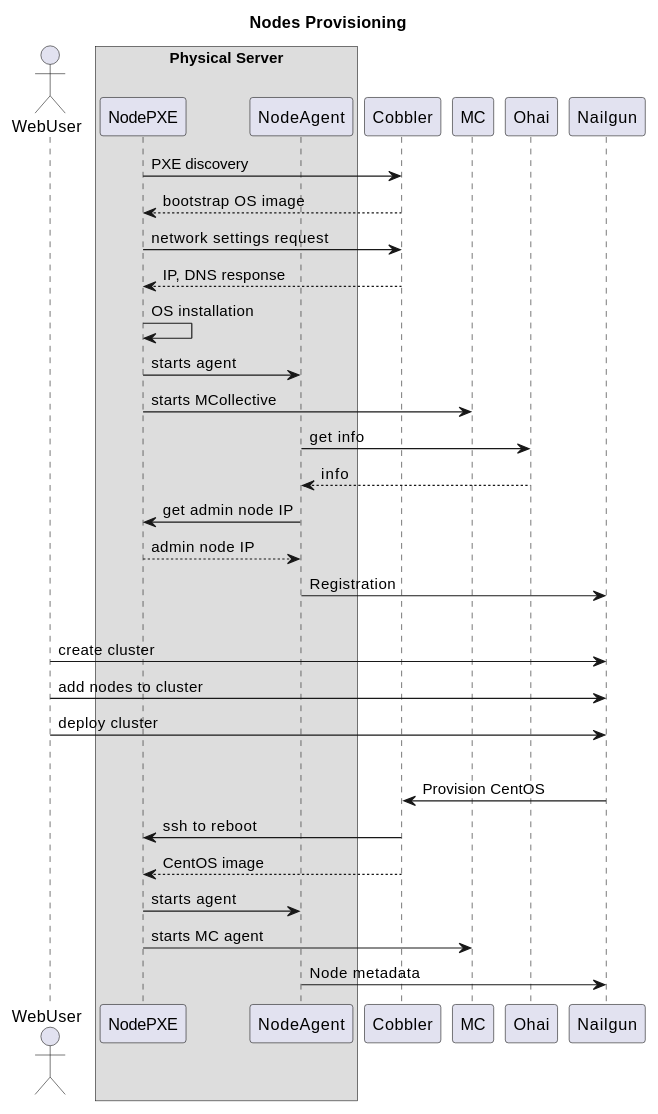
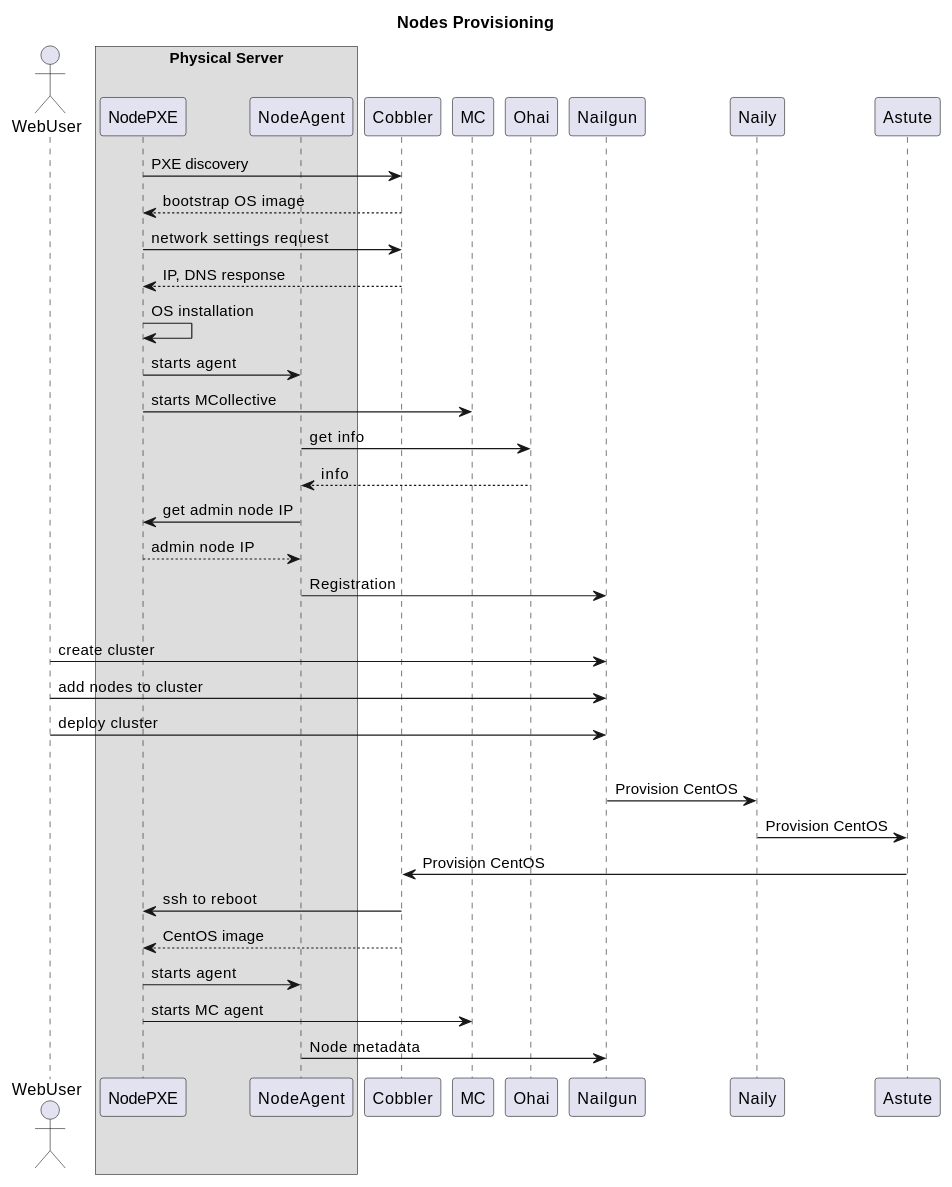
One commit to openstack-archive/fuel-main changed the first of 3 diagrams in docs/develop/sequence.rst. Above: the diagram before and after it, drawn with PlantUML. The commit also changed other lines of this file and 4 other files, not shown here.

```diff
--- a/docs/develop/sequence.rst
+++ b/docs/develop/sequence.rst
@@ -6,32 +6,34 @@
  .. uml::
     title Nodes Provisioning
     actor WebUser
 
     box "Physical Server"
         participant NodePXE
         participant NodeAgent
     end box
 
     NodePXE -> Cobbler: PXE discovery
     Cobbler --> NodePXE: bootstrap OS image
     NodePXE -> Cobbler: network settings request
     Cobbler --> NodePXE: IP, DNS response
     NodePXE -> NodePXE: OS installation
     NodePXE -> NodeAgent: starts agent
     NodePXE -> MC: starts MCollective
     NodeAgent -> Ohai: get info
     Ohai --> NodeAgent: info
     NodeAgent -> NodePXE: get admin node IP
     NodePXE --> NodeAgent: admin node IP
     NodeAgent -> Nailgun: Registration
     |||
     WebUser -> Nailgun: create cluster
     WebUser -> Nailgun: add nodes to cluster
     WebUser -> Nailgun: deploy cluster
     |||
-    Nailgun -> Cobbler: Provision CentOS
+    Nailgun -> Naily: Provision CentOS
+    Naily -> Astute: Provision CentOS
+    Astute -> Cobbler: Provision CentOS
     Cobbler -> NodePXE: ssh to reboot
     Cobbler --> NodePXE: CentOS image
     NodePXE -> NodeAgent: starts agent
     NodePXE -> MC: starts MC agent
     NodeAgent -> Nailgun: Node metadata
```
